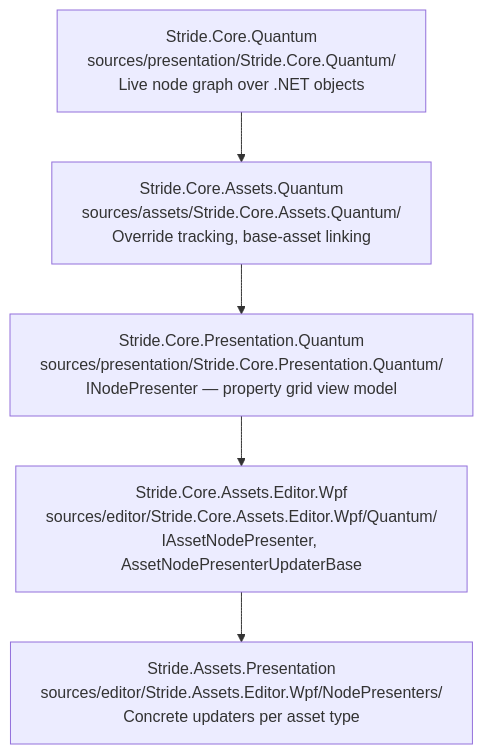
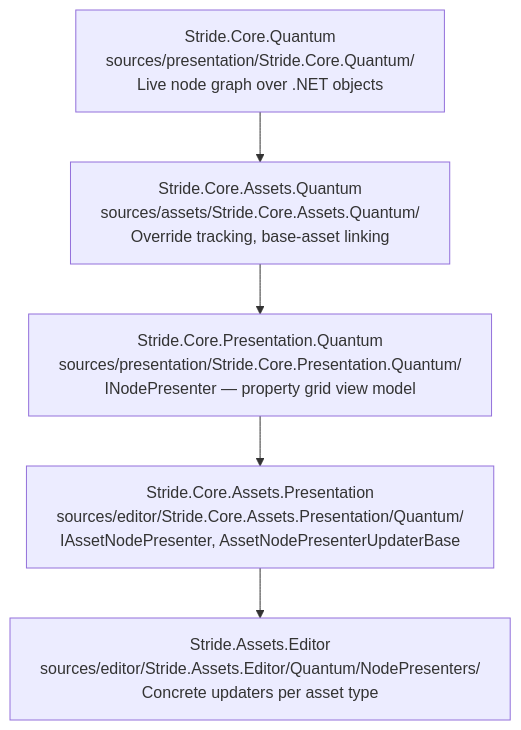
The diagram in docs/quantum/README.md (stride3d/stride), drawn with Mermaid before and after one commit. The commit also changed other lines of this file and 13 other files, not shown here.

````diff
--- a/docs/quantum/README.md
+++ b/docs/quantum/README.md
@@ -7,13 +7,13 @@
 ```mermaid
 flowchart TD
     A["Stride.Core.Quantum<br/>sources/presentation/Stride.Core.Quantum/<br/>Live node graph over .NET objects"]
     B["Stride.Core.Assets.Quantum<br/>sources/assets/Stride.Core.Assets.Quantum/<br/>Override tracking, base-asset linking"]
     C["Stride.Core.Presentation.Quantum<br/>sources/presentation/Stride.Core.Presentation.Quantum/<br/>INodePresenter — property grid view model"]
-    D["Stride.Core.Assets.Editor.Wpf<br/>sources/editor/Stride.Core.Assets.Editor.Wpf/Quantum/<br/>IAssetNodePresenter, AssetNodePresenterUpdaterBase"]
-    E["Stride.Assets.Presentation<br/>sources/editor/Stride.Assets.Editor.Wpf/NodePresenters/<br/>Concrete updaters per asset type"]
+    D["Stride.Core.Assets.Presentation<br/>sources/editor/Stride.Core.Assets.Presentation/Quantum/<br/>IAssetNodePresenter, AssetNodePresenterUpdaterBase"]
+    E["Stride.Assets.Editor<br/>sources/editor/Stride.Assets.Editor/Quantum/NodePresenters/<br/>Concrete updaters per asset type"]
 
     A --> B
     B --> C
     C --> D
     D --> E
 ```
````
